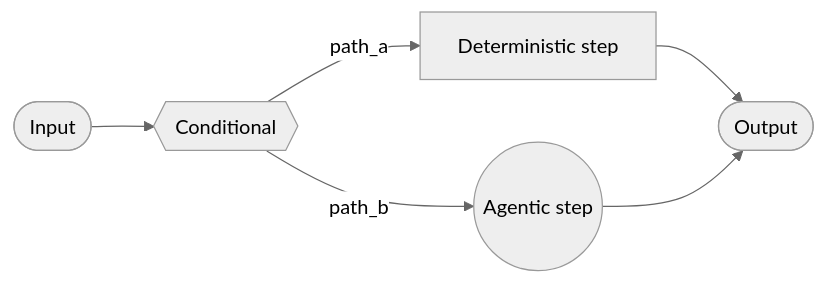
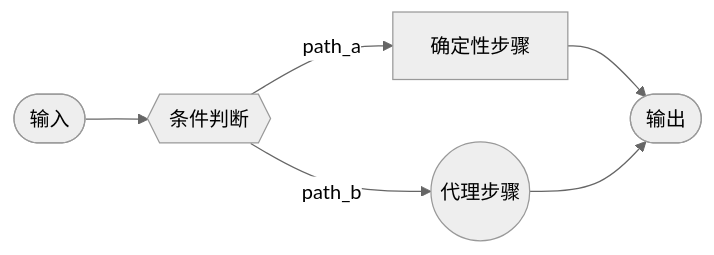
Before and after one commit to kunfan96/cndocs-langchain: the first of 2 diagrams in oss/python/langchain/multi-agent/custom-workflow.mdx, drawn with Mermaid (neutral theme). The commit also changed other lines of this file and 1450 other files, not shown here.

````diff
--- a/oss/python/langchain/multi-agent/custom-workflow.mdx
+++ b/oss/python/langchain/multi-agent/custom-workflow.mdx
@@ -7,8 +7,8 @@
 ```mermaid
 graph LR
-    A([Input]) --> B{{Conditional}}
-    B -->|path_a| C[Deterministic step]
-    B -->|path_b| D((Agentic step))
-    C --> G([Output])
-    D --> G([Output])
+    A([输入]) --> B{{条件判断}}
+    B -->|path_a| C[确定性步骤]
+    B -->|path_b| D((代理步骤))
+    C --> G([输出])
+    D --> G([输出])
 ```
````
